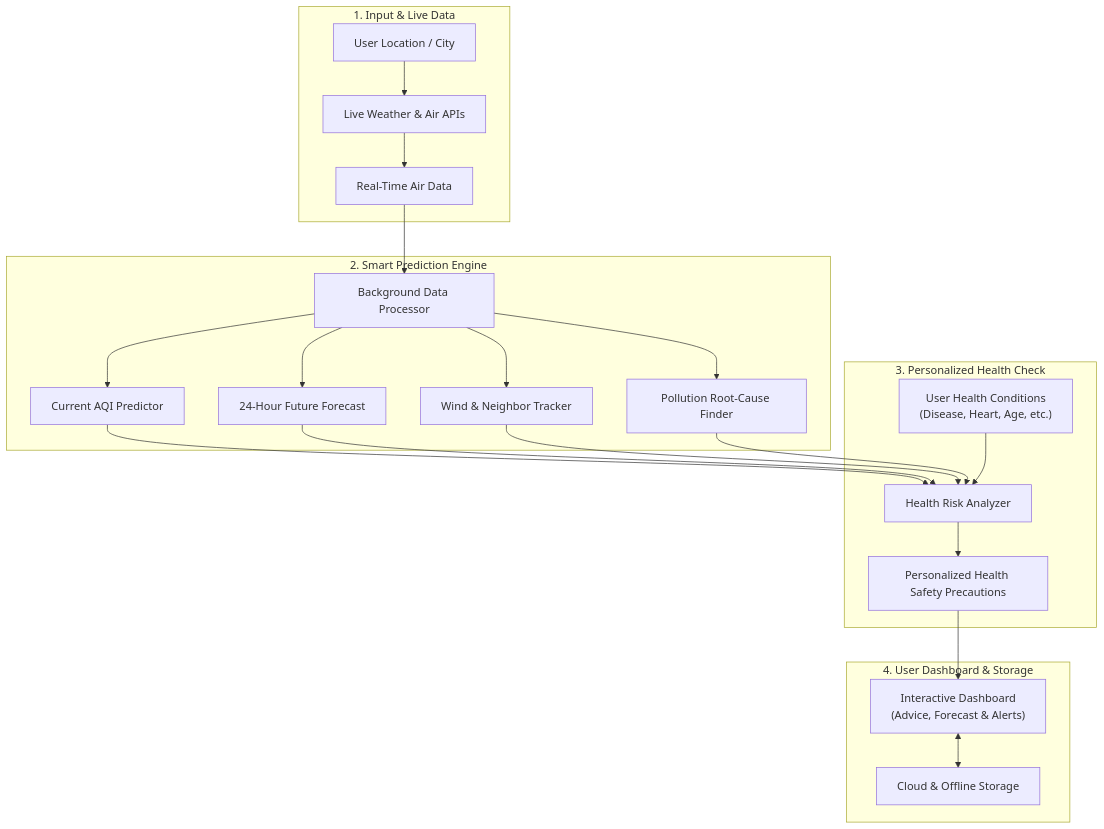
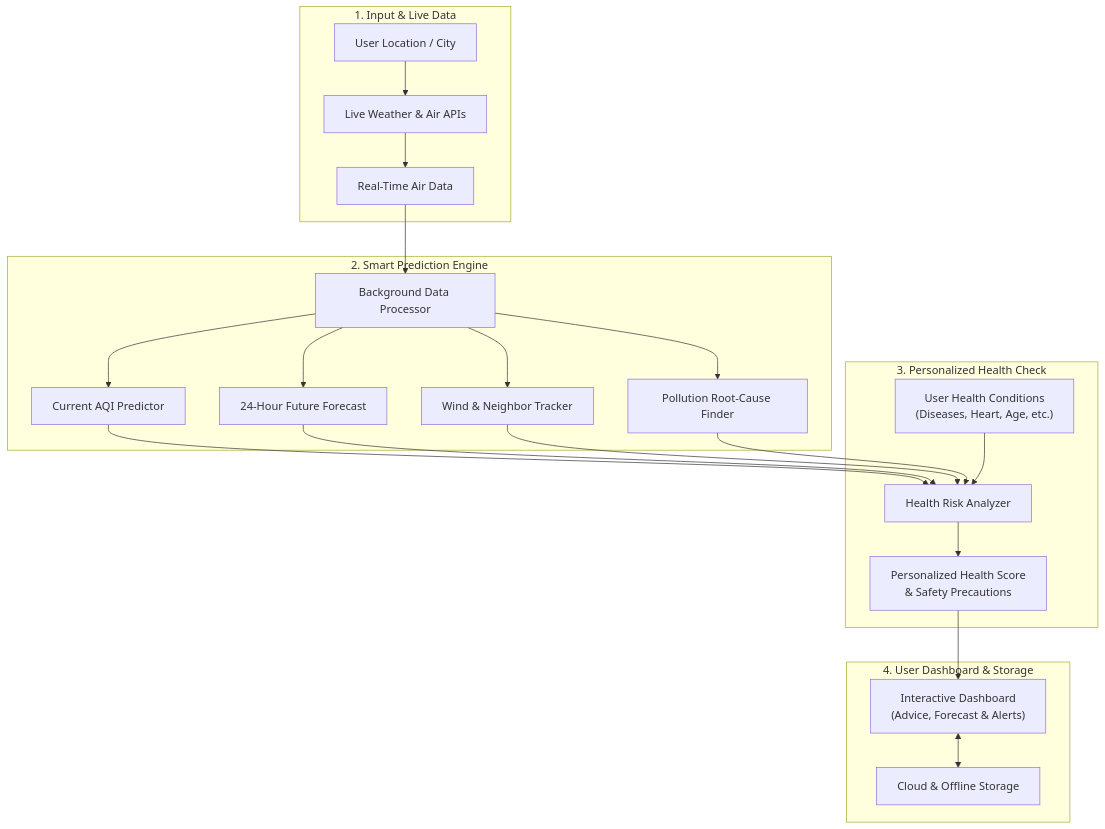
One commit to srirajpillai/AQI-Prediction changed the diagram in README.md. Above: the diagram before and after it, drawn with Mermaid. The commit also changed 4 other files, not shown here.

````diff
--- a/README.md
+++ b/README.md
@@ -55,30 +55,30 @@
 ```mermaid
 flowchart TD
     %% Step 1: Input & Data
     subgraph Step1 ["1. Input & Live Data"]
         A["User Location / City"] --> B["Live Weather & Air APIs"]
         B --> C["Real-Time Air Data"]
     end
 
     %% Step 2: Smart AI Engine
     subgraph Step2 ["2. Smart Prediction Engine"]
         C --> D["Background Data Processor"]
         D --> M1["Current AQI Predictor"]
         D --> M2["24-Hour Future Forecast"]
         D --> M3["Wind & Neighbor Tracker"]
         D --> M4["Pollution Root-Cause Finder"]
     end
 
     %% Step 3: Health Engine
     subgraph Step3 ["3. Personalized Health Check"]
         M1 & M2 & M3 & M4 --> H1["Health Risk Analyzer"]
-        UserHealth["User Health Conditions<br/>(Disease, Heart, Age, etc.)"] --> H1
-        H1 --> H2["Personalized Health Safety Precautions"]
+        UserHealth["User Health Conditions<br/>(Diseases, Heart, Age, etc.)"] --> H1
+        H1 --> H2["Personalized Health Score<br/>& Safety Precautions"]
     end
 
     %% Step 4: Dashboard & Storage
     subgraph Step4 ["4. User Dashboard & Storage"]
         H2 --> UI["Interactive Dashboard<br/>(Advice, Forecast & Alerts)"]
         UI <--> Storage["Cloud & Offline Storage"]
     end
 ```
````
